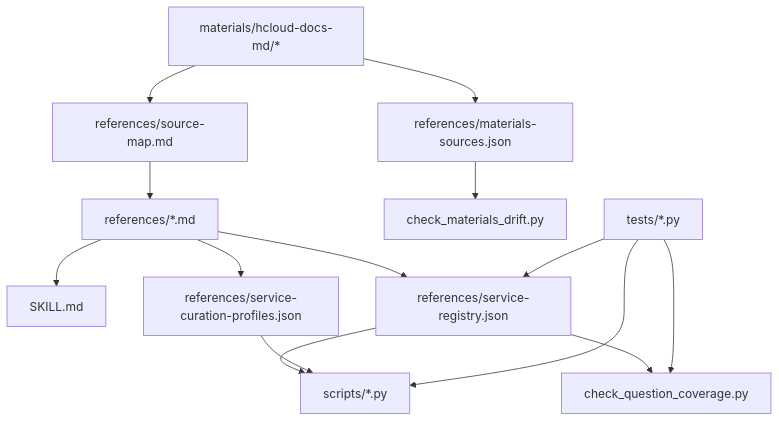
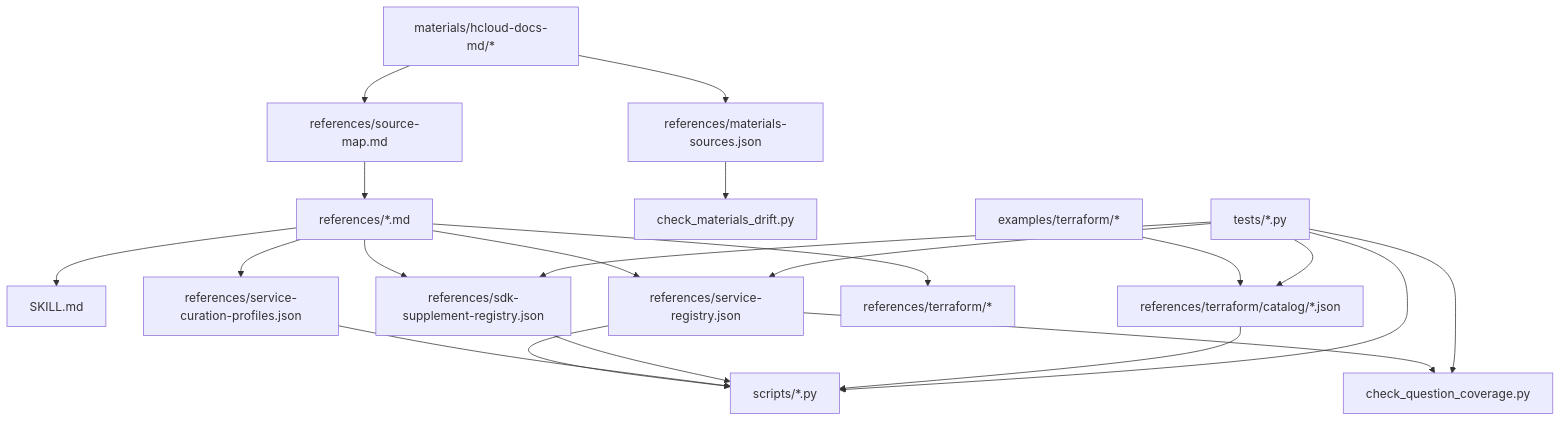
One commit to pipixia-labs/huaweicloud-skill changed the diagram in docs/data-and-coverage.md. Above: the diagram before and after it, drawn with Mermaid. The commit also changed other lines of this file and 4 other files, not shown here.

Commit message:
Update developer docs for SDK and Terraform support

````diff
--- a/docs/data-and-coverage.md
+++ b/docs/data-and-coverage.md
@@ -9,16 +9,23 @@
 ```mermaid
 flowchart TD
     Materials["materials/hcloud-docs-md/*"] --> SourceMap["references/source-map.md"]
     Materials --> MaterialMap["references/materials-sources.json"]
     SourceMap --> References["references/*.md"]
     MaterialMap --> Drift["check_materials_drift.py"]
     References --> Skill["SKILL.md"]
     References --> Registry["references/service-registry.json"]
     References --> Curation["references/service-curation-profiles.json"]
+    References --> SDKRegistry["references/sdk-supplement-registry.json"]
+    References --> TFRefs["references/terraform/*"]
+    TFExamples["examples/terraform/*"] --> TFCatalog["references/terraform/catalog/*.json"]
     Registry --> Scripts["scripts/*.py"]
     Curation --> Scripts
+    SDKRegistry --> Scripts
+    TFCatalog --> Scripts
     Registry --> Coverage["check_question_coverage.py"]
     Tests["tests/*.py"] --> Scripts
     Tests --> Registry
+    Tests --> SDKRegistry
+    Tests --> TFCatalog
     Tests --> Coverage
 ```
````
